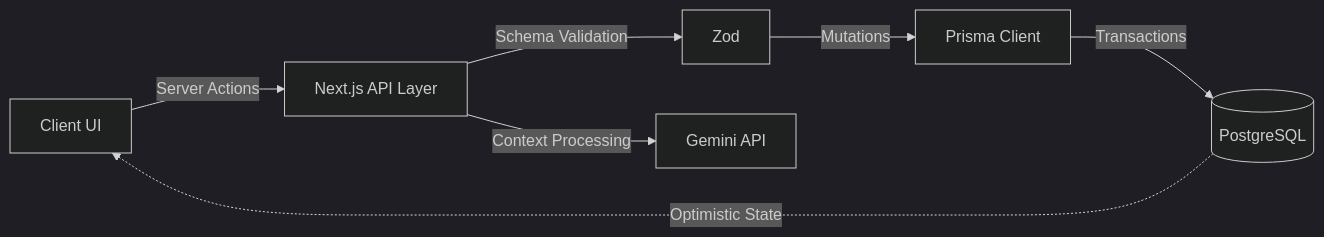
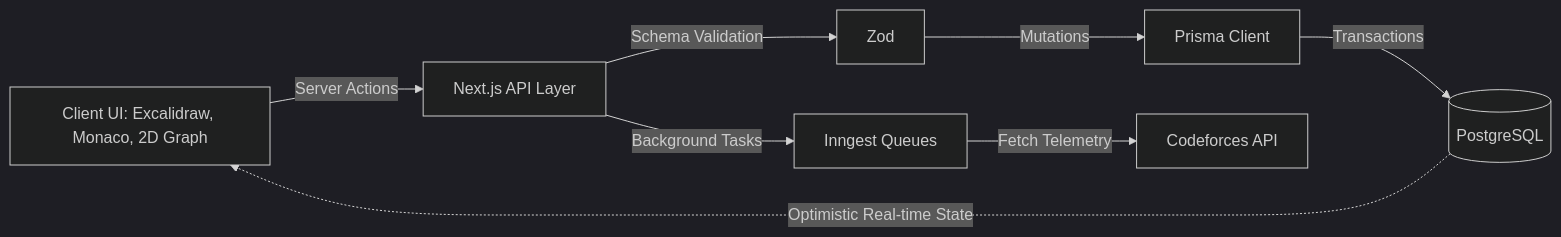
One commit to Abhayanthk/Achron changed the diagram in README.md. Above: the diagram before and after it, drawn with Mermaid (dark theme). The commit also changed other lines of this file, not shown here.

````diff
--- a/README.md
+++ b/README.md
@@ -74,9 +78,10 @@
 ```mermaid
 flowchart LR
-    UI[Client UI] -->|Server Actions| API[Next.js API Layer]
+    UI[Client UI: Excalidraw, Monaco, 2D Graph] -->|Server Actions| API[Next.js API Layer]
     API -->|Schema Validation| Zod[Zod]
     Zod -->|Mutations| ORM[Prisma Client]
+    API -->|Background Tasks| Inngest[Inngest Queues]
     ORM -->|Transactions| DB[(PostgreSQL)]
-    DB -.->|Optimistic State| UI
-    API -->|Context Processing| AI[Gemini API]
+    DB -.->|Optimistic Real-time State| UI
+    Inngest -->|Fetch Telemetry| CF[Codeforces API]
 ```
````
